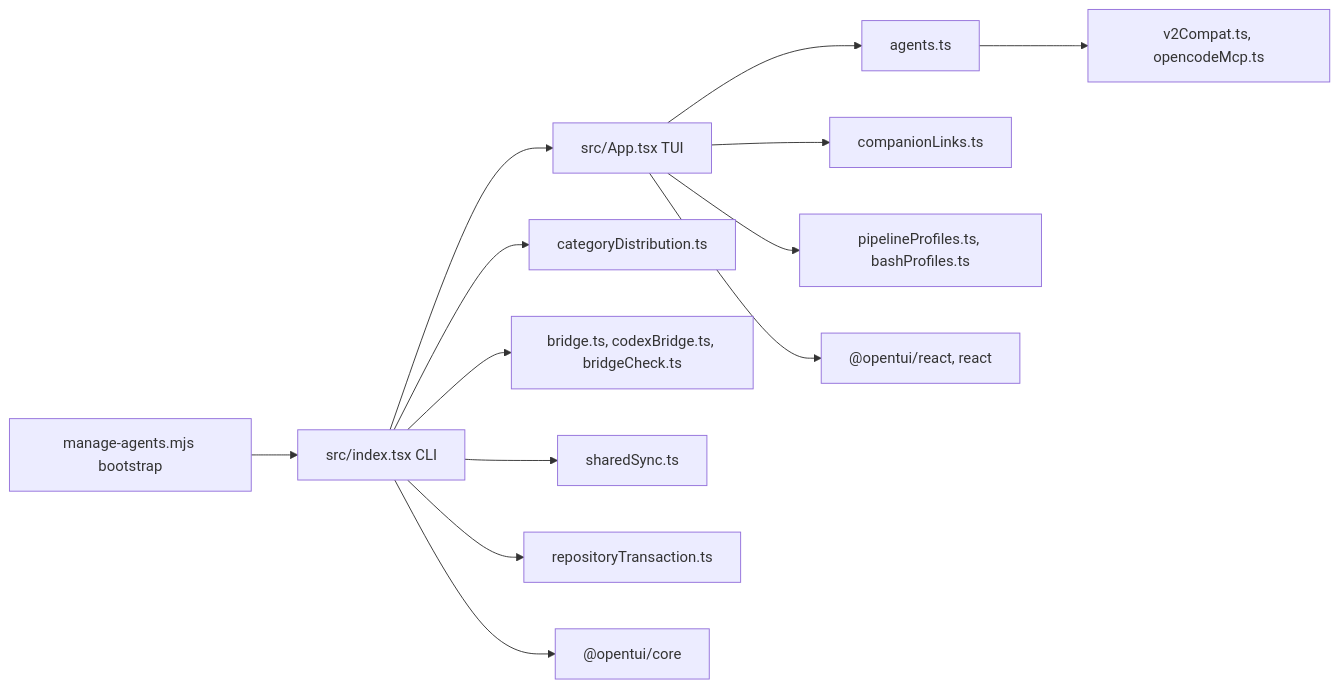
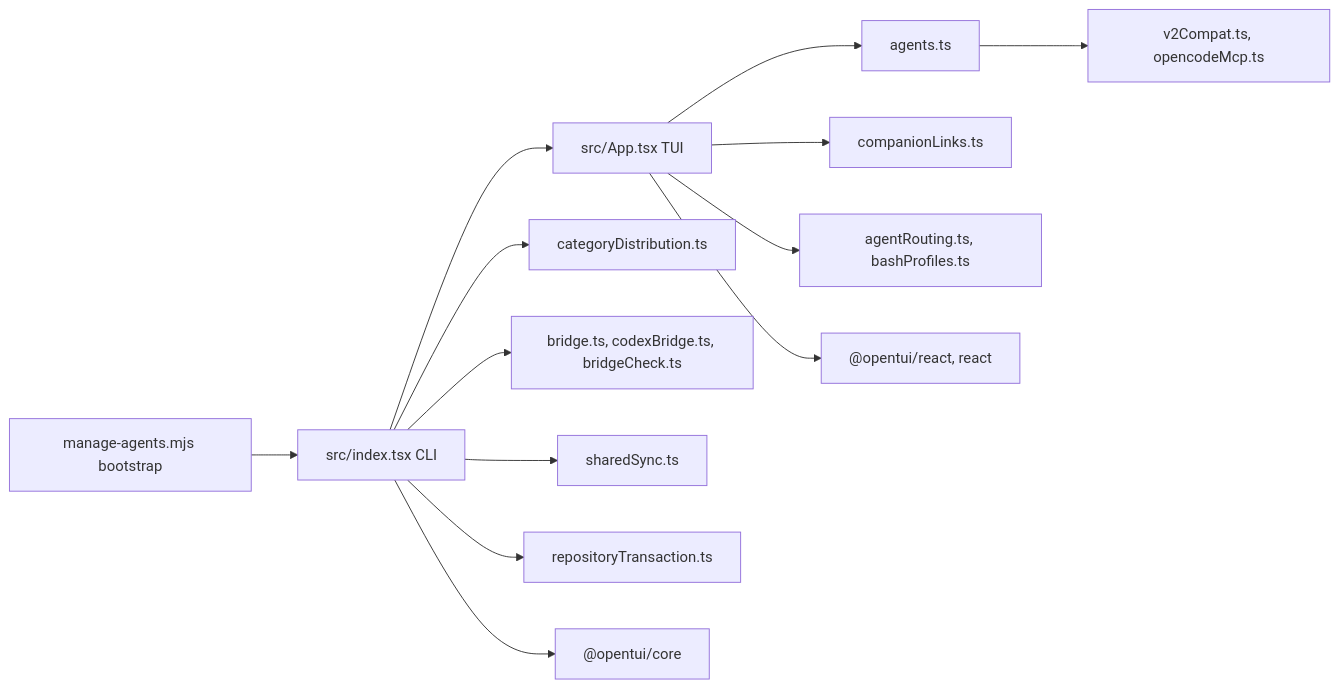
One commit to lorecanc/agents changed the diagram in wiki/modules/agent-manager.md. Above: the diagram before and after it, drawn with Mermaid. The commit also changed other lines of this file and 629 other files, not shown here.

````diff
--- a/wiki/modules/agent-manager.md
+++ b/wiki/modules/agent-manager.md
@@ -156,15 +158,15 @@
 ```mermaid
 graph LR
     Entry["manage-agents.mjs bootstrap"] --> Index["src/index.tsx CLI"]
     Index --> App["src/App.tsx TUI"]
     Index --> Categories["categoryDistribution.ts"]
     Index --> Bridges["bridge.ts, codexBridge.ts, bridgeCheck.ts"]
     Index --> Shared["sharedSync.ts"]
     Index --> Tx["repositoryTransaction.ts"]
     App --> Agents["agents.ts"]
     App --> Links["companionLinks.ts"]
-    App --> Profiles["pipelineProfiles.ts, bashProfiles.ts"]
+    App --> Profiles["agentRouting.ts, bashProfiles.ts"]
     Agents --> Compat["v2Compat.ts, opencodeMcp.ts"]
     Index --> OpenTUI["@opentui/core"]
     App --> React["@opentui/react, react"]
 ```
````
